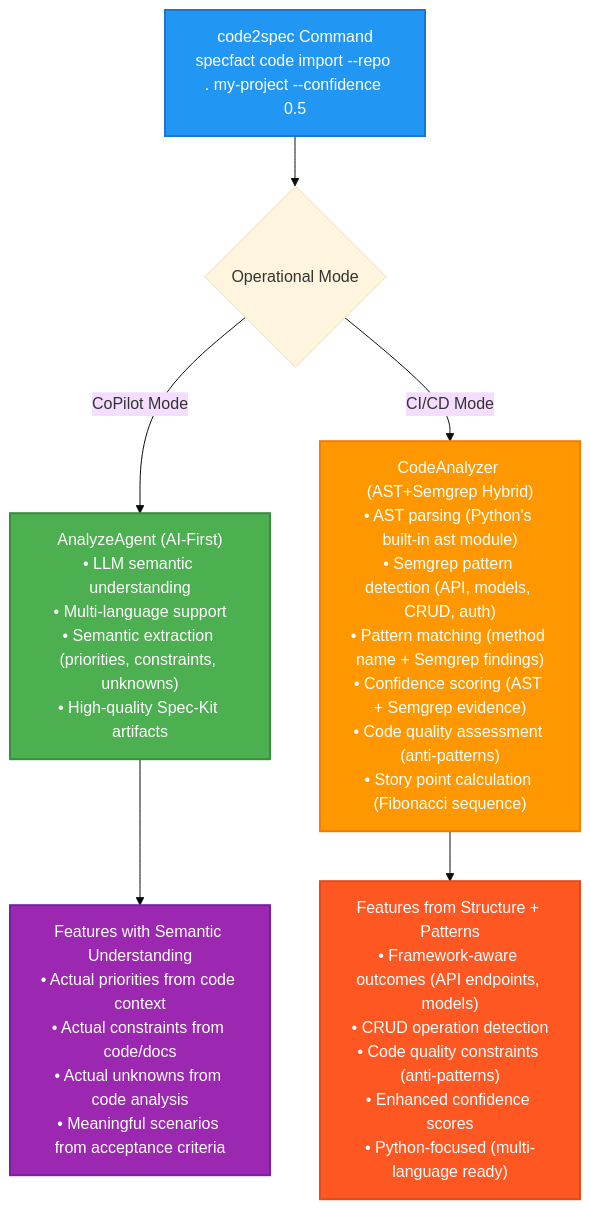
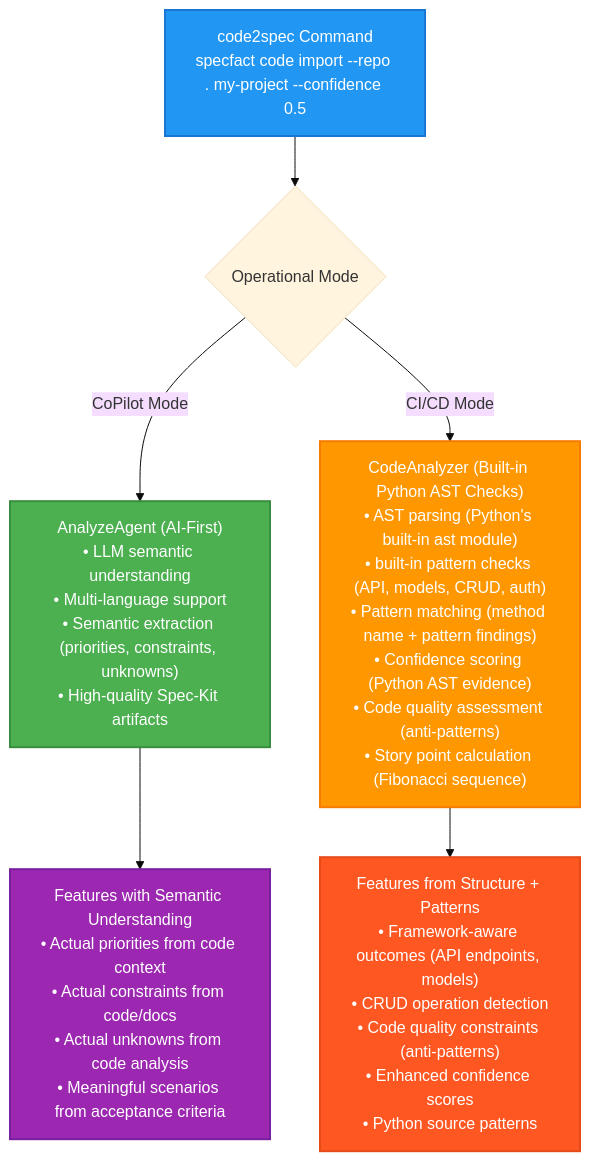
Before and after one commit to nold-ai/specfact-cli: the diagram in docs/technical/code2spec-analysis-logic.md, drawn with Mermaid (base theme). The commit also changed other lines of this file and 69 other files, not shown here.

````diff
--- a/docs/technical/code2spec-analysis-logic.md
+++ b/docs/technical/code2spec-analysis-logic.md
@@ -73,18 +73,18 @@
 ```mermaid
 flowchart TD
     A["code2spec Command<br/>specfact code import --repo . my-project --confidence 0.5"] --> B{Operational Mode}
     
     B -->|CoPilot Mode| C["AnalyzeAgent (AI-First)<br/>• LLM semantic understanding<br/>• Multi-language support<br/>• Semantic extraction (priorities, constraints, unknowns)<br/>• High-quality Spec-Kit artifacts"]
     
-    B -->|CI/CD Mode| D["CodeAnalyzer (AST+Semgrep Hybrid)<br/>• AST parsing (Python's built-in ast module)<br/>• Semgrep pattern detection (API, models, CRUD, auth)<br/>• Pattern matching (method name + Semgrep findings)<br/>• Confidence scoring (AST + Semgrep evidence)<br/>• Code quality assessment (anti-patterns)<br/>• Story point calculation (Fibonacci sequence)"]
+    B -->|CI/CD Mode| D["CodeAnalyzer (Built-in Python AST Checks)<br/>• AST parsing (Python's built-in ast module)<br/>• built-in pattern checks (API, models, CRUD, auth)<br/>• Pattern matching (method name + pattern findings)<br/>• Confidence scoring (Python AST evidence)<br/>• Code quality assessment (anti-patterns)<br/>• Story point calculation (Fibonacci sequence)"]
     
     C --> E["Features with Semantic Understanding<br/>• Actual priorities from code context<br/>• Actual constraints from code/docs<br/>• Actual unknowns from code analysis<br/>• Meaningful scenarios from acceptance criteria"]
     
-    D --> F["Features from Structure + Patterns<br/>• Framework-aware outcomes (API endpoints, models)<br/>• CRUD operation detection<br/>• Code quality constraints (anti-patterns)<br/>• Enhanced confidence scores<br/>• Python-focused (multi-language ready)"]
+    D --> F["Features from Structure + Patterns<br/>• Framework-aware outcomes (API endpoints, models)<br/>• CRUD operation detection<br/>• Code quality constraints (anti-patterns)<br/>• Enhanced confidence scores<br/>• Python source patterns"]
     
     style A fill:#2196F3,stroke:#1976D2,stroke-width:2px,color:#fff
     style C fill:#4CAF50,stroke:#388E3C,stroke-width:2px,color:#fff
     style D fill:#FF9800,stroke:#F57C00,stroke-width:2px,color:#fff
     style E fill:#9C27B0,stroke:#7B1FA2,stroke-width:2px,color:#fff
     style F fill:#FF5722,stroke:#E64A19,stroke-width:2px,color:#fff
 ```
````
